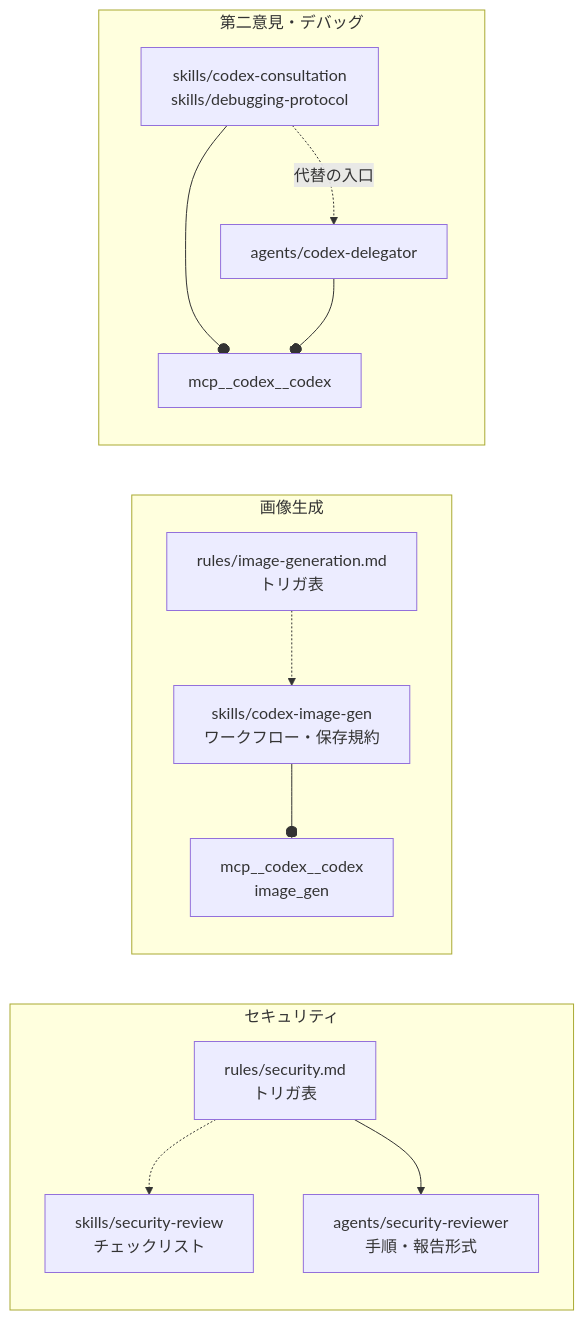
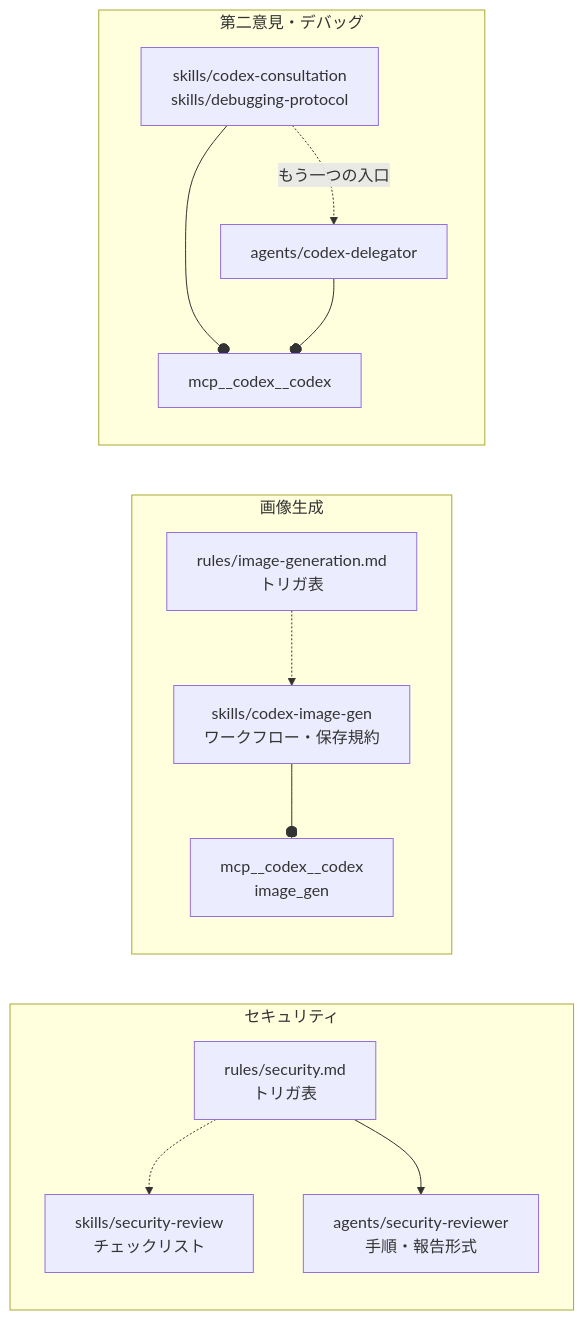
Before and after one commit to sardonyx0827/dotfiles: the third of 4 diagrams in docs/claude-architecture.md, drawn with Mermaid. The commit also changed other lines of this file and 1 other file, not shown here.

First line of the commit message:
docs(architecture): fix hook, agent and command drift

````diff
--- a/docs/claude-architecture.md
+++ b/docs/claude-architecture.md
@@ -207,18 +209,18 @@
 ```mermaid
 flowchart LR
     subgraph SEC["セキュリティ"]
         R1["rules/security.md<br/>トリガ表"] -.-> K1["skills/security-review<br/>チェックリスト"]
         R1 --> A1["agents/security-reviewer<br/>手順・報告形式"]
     end
 
     subgraph IMG["画像生成"]
         R2["rules/image-generation.md<br/>トリガ表"] -.-> K2["skills/codex-image-gen<br/>ワークフロー・保存規約"]
         K2 --o M2["mcp__codex__codex<br/>image_gen"]
     end
 
     subgraph CX["第二意見・デバッグ"]
         K3["skills/codex-consultation<br/>skills/debugging-protocol"] --o M3["mcp__codex__codex"]
-        K3 -.->|"代替の入口"| A3["agents/codex-delegator"]
+        K3 -.->|"もう一つの入口"| A3["agents/codex-delegator"]
         A3 --o M3
     end
 ```
````
